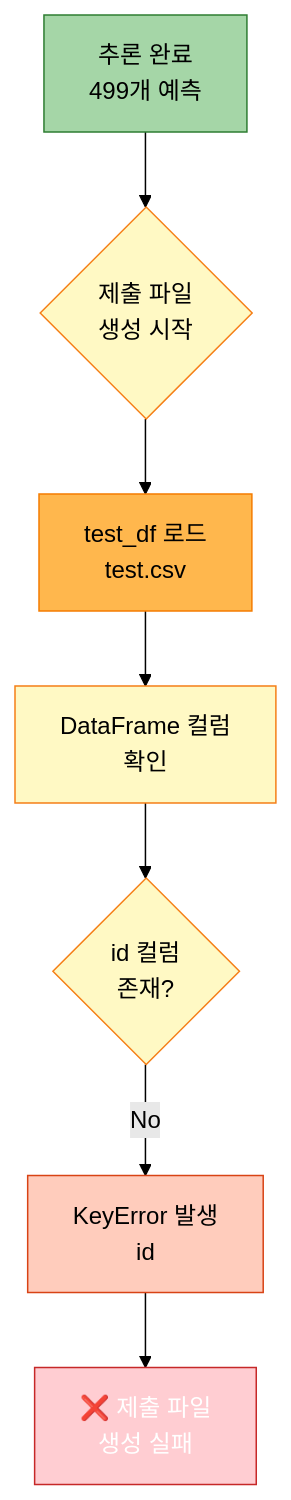
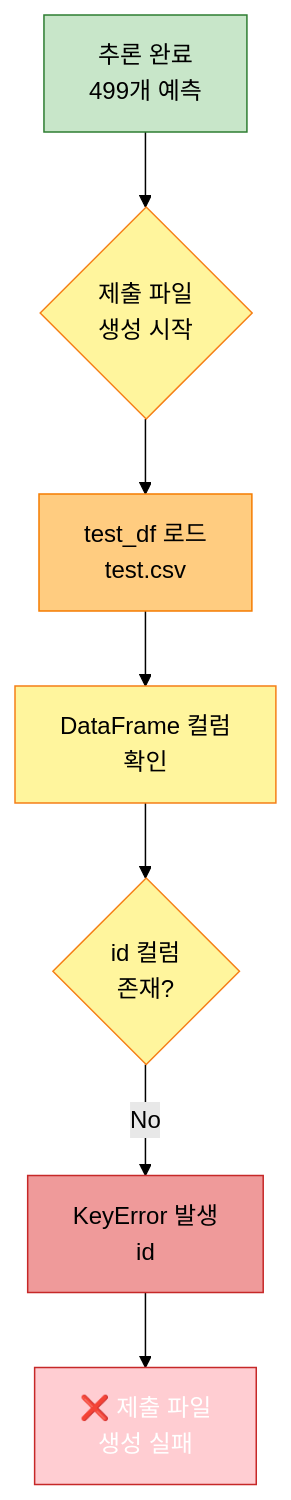
Before and after one commit to AIBootcamp14/naturallanguageprocessingcompetition-nlp-1: diagram 13 of 15 in docs/experiments/20251013_111525_strategy1_kobart_optimized_실험분석.md, drawn with Mermaid (forest theme). The commit also changed other lines of this file, not shown here.

First line of the commit message:
fix: mermaid 다이어그램 스타일 완전 수정

````diff
--- a/docs/experiments/20251013_111525_strategy1_kobart_optimized_실험분석.md
+++ b/docs/experiments/20251013_111525_strategy1_kobart_optimized_실험분석.md
@@ -659,17 +695,17 @@
 ```mermaid
 graph TB
     A[추론 완료<br/>499개 예측] --> B{제출 파일<br/>생성 시작}
     B --> C[test_df 로드<br/>test.csv]
     C --> D[DataFrame 컬럼<br/>확인]
     D --> E{id 컬럼<br/>존재?}
     E -->|No| F[KeyError 발생<br/>id]
     F --> G[❌ 제출 파일<br/>생성 실패]
 
-    style A fill:#a5d6a7,stroke:#2e7d32,color:#000
-    style B fill:#fff9c4,stroke:#f57f17,color:#000
-    style C fill:#ffb74d,stroke:#f57c00,color:#000
-    style D fill:#fff9c4,stroke:#f57f17,color:#000
-    style E fill:#fff9c4,stroke:#f57f17,color:#000
-    style F fill:#ffccbc,stroke:#d84315,color:#000
+    style A fill:#c8e6c9,stroke:#2e7d32,color:#000
+    style B fill:#fff59d,stroke:#f57f17,color:#000
+    style C fill:#ffcc80,stroke:#f57c00,color:#000
+    style D fill:#fff59d,stroke:#f57f17,color:#000
+    style E fill:#fff59d,stroke:#f57f17,color:#000
+    style F fill:#ef9a9a,stroke:#c62828,color:#000
     style G fill:#ffcdd2,stroke:#c62828,color:#fff
 ```
````
